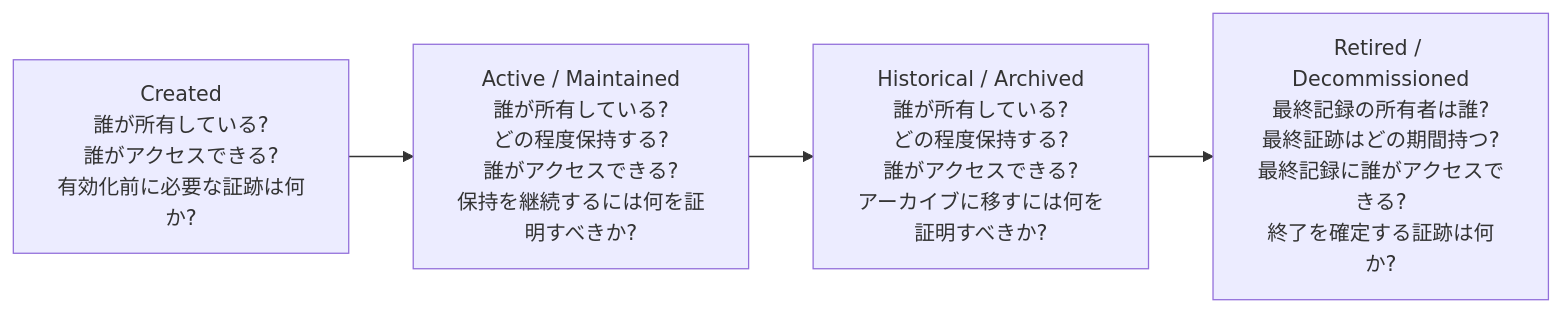
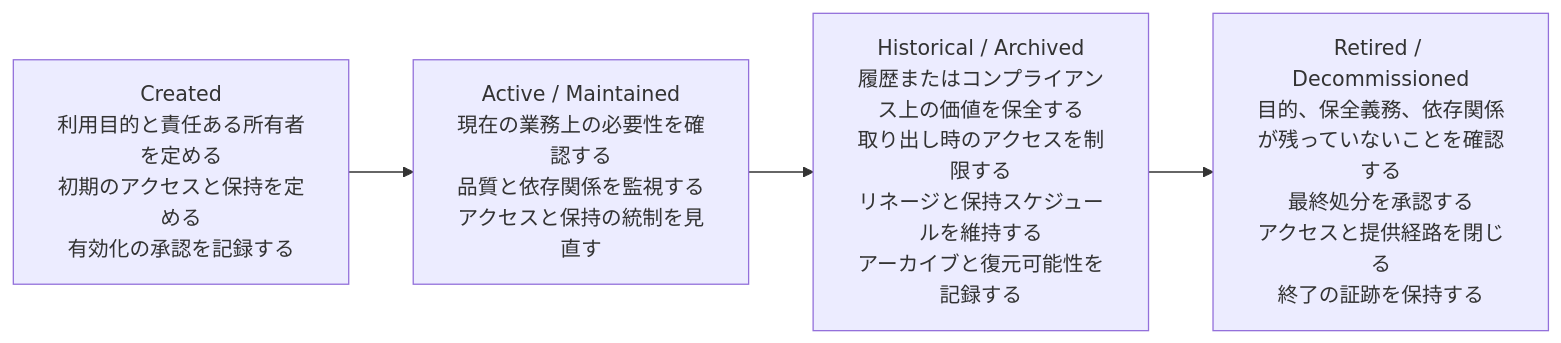
One commit to skitazaki/notes-with-ai changed the diagram in content/docs/data/management/lifecycle-management/_index.ja.md. Above: the diagram before and after it, drawn with Mermaid. The commit also changed other lines of this file and 3 other files, not shown here.

````diff
--- a/content/docs/data/management/lifecycle-management/_index.ja.md
+++ b/content/docs/data/management/lifecycle-management/_index.ja.md
@@ -15,6 +15,6 @@
 ```mermaid
 flowchart LR
-    A["Created<br/>誰が所有している?<br/>誰がアクセスできる?<br/>有効化前に必要な証跡は何か?"] --> B["Active / Maintained<br/>誰が所有している?<br/>どの程度保持する?<br/>誰がアクセスできる?<br/>保持を継続するには何を証明すべきか?"]
-    B --> C["Historical / Archived<br/>誰が所有している?<br/>どの程度保持する?<br/>誰がアクセスできる?<br/>アーカイブに移すには何を証明すべきか?"]
-    C --> D["Retired / Decommissioned<br/>最終記録の所有者は誰?<br/>最終証跡はどの期間持つ?<br/>最終記録に誰がアクセスできる?<br/>終了を確定する証跡は何か?"]
+    A["Created<br/>利用目的と責任ある所有者を定める<br/>初期のアクセスと保持を定める<br/>有効化の承認を記録する"] --> B["Active / Maintained<br/>現在の業務上の必要性を確認する<br/>品質と依存関係を監視する<br/>アクセスと保持の統制を見直す"]
+    B --> C["Historical / Archived<br/>履歴またはコンプライアンス上の価値を保全する<br/>取り出し時のアクセスを制限する<br/>リネージと保持スケジュールを維持する<br/>アーカイブと復元可能性を記録する"]
+    C --> D["Retired / Decommissioned<br/>目的、保全義務、依存関係が残っていないことを確認する<br/>最終処分を承認する<br/>アクセスと提供経路を閉じる<br/>終了の証跡を保持する"]
 ```
````
